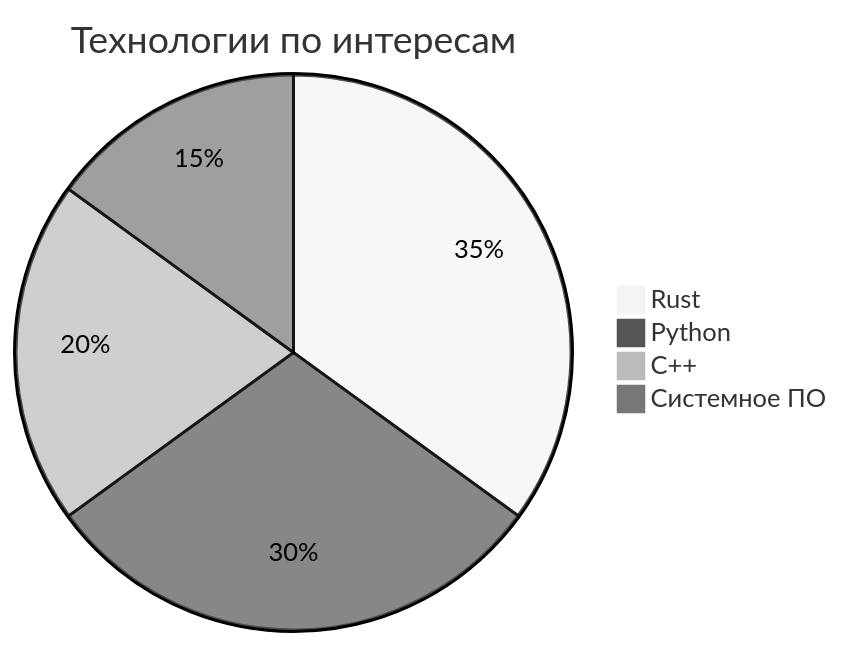
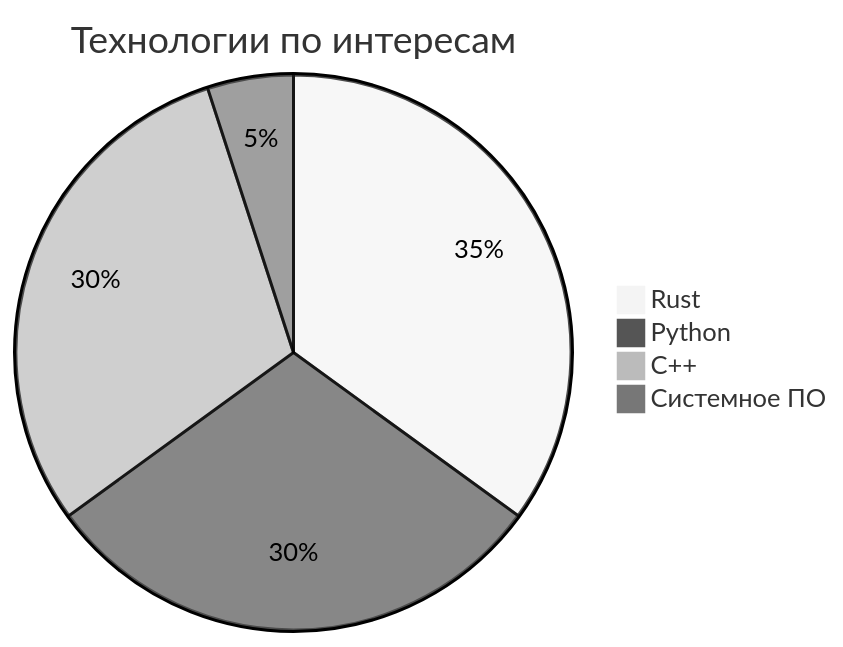
The second of 2 diagrams in README.md (Lewis-star-alt/Lewis-star-alt), drawn with Mermaid (neutral theme) before and after one commit. The commit also changed other lines of this file, not shown here.

````diff
--- a/README.md
+++ b/README.md
@@ -129,7 +151,7 @@
 ```mermaid
 pie title Технологии по интересам
     "Rust" : 35
     "Python" : 30
-    "C++" : 20
-    "Системное ПО" : 15
+    "C++" : 30
+    "Системное ПО" : 5
 ```
````
